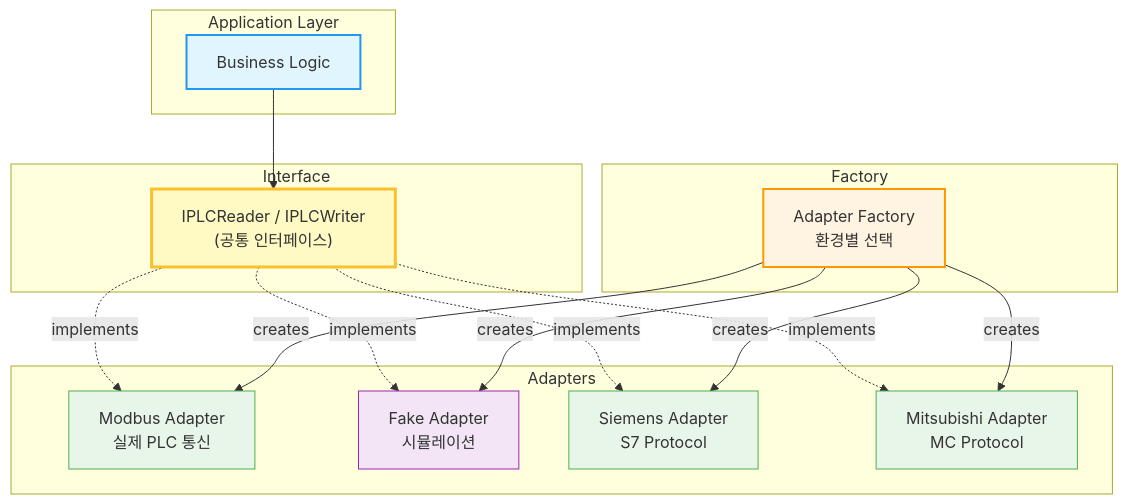
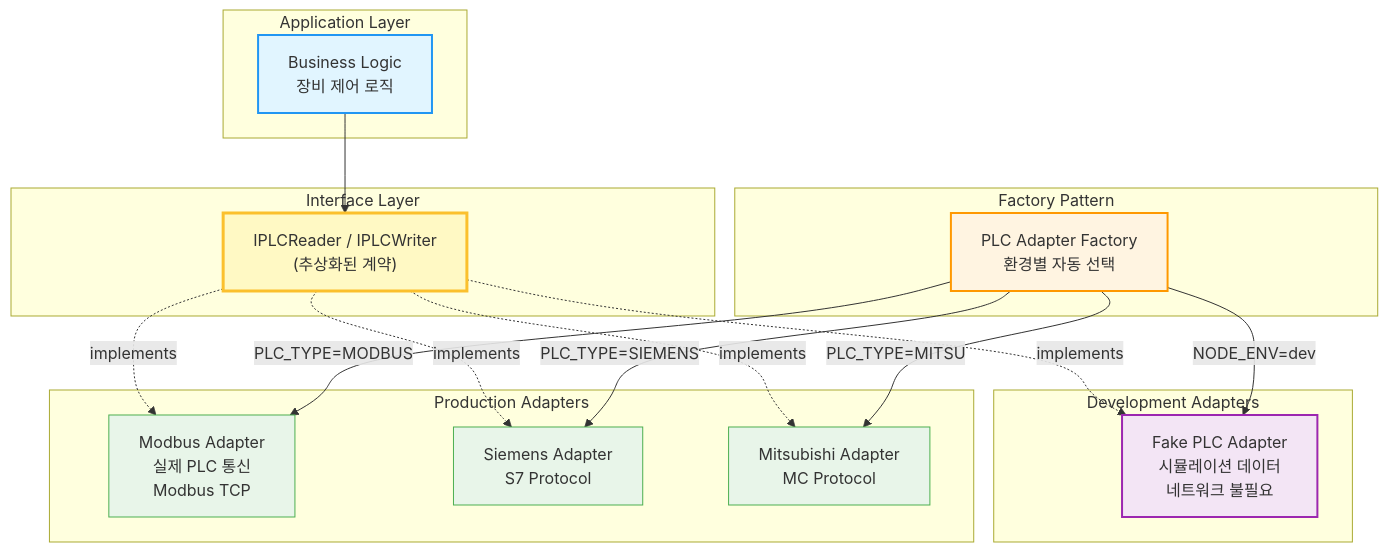
One commit to 1985jwlee/production-iot-backend changed the fifth of 13 diagrams in README.md. Above: the diagram before and after it, drawn with Mermaid. The commit also changed other lines of this file and 1 other file, not shown here.

````diff
--- a/README.md
+++ b/README.md
@@ -196,39 +243,43 @@
 ```mermaid
 graph TB
     subgraph "Application Layer"
-        APP[Business Logic]
+        BL[Business Logic<br/>장비 제어 로직]
     end
     
-    subgraph "Interface"
-        IFACE["IPLCReader / IPLCWriter<br/>(공통 인터페이스)"]
+    subgraph "Interface Layer"
+        IFACE["IPLCReader / IPLCWriter<br/>(추상화된 계약)"]
     end
     
-    subgraph "Adapters"
-        MODBUS[Modbus Adapter<br/>실제 PLC 통신]
-        FAKE[Fake Adapter<br/>시뮬레이션]
+    subgraph "Development Adapters"
+        FAKE[Fake PLC Adapter<br/>시뮬레이션 데이터<br/>네트워크 불필요]
+    end
+    
+    subgraph "Production Adapters"
+        MODBUS[Modbus Adapter<br/>실제 PLC 통신<br/>Modbus TCP]
         SIEMENS[Siemens Adapter<br/>S7 Protocol]
         MITSU[Mitsubishi Adapter<br/>MC Protocol]
     end
     
-    subgraph "Factory"
-        FACTORY[Adapter Factory<br/>환경별 선택]
+    subgraph "Factory Pattern"
+        FACTORY[PLC Adapter Factory<br/>환경별 자동 선택]
     end
     
-    APP --> IFACE
+    BL --> IFACE
+    IFACE -.->|implements| FAKE
     IFACE -.->|implements| MODBUS
-    IFACE -.->|implements| FAKE
     IFACE -.->|implements| SIEMENS
     IFACE -.->|implements| MITSU
-    FACTORY -->|creates| MODBUS
-    FACTORY -->|creates| FAKE
-    FACTORY -->|creates| SIEMENS
-    FACTORY -->|creates| MITSU
     
-    style APP fill:#e1f5ff,stroke:#2196f3,stroke-width:2px
+    FACTORY -->|NODE_ENV=dev| FAKE
+    FACTORY -->|PLC_TYPE=MODBUS| MODBUS
+    FACTORY -->|PLC_TYPE=SIEMENS| SIEMENS
+    FACTORY -->|PLC_TYPE=MITSU| MITSU
+    
+    style BL fill:#e1f5ff,stroke:#2196f3,stroke-width:2px
     style IFACE fill:#fff9c4,stroke:#fbc02d,stroke-width:3px
+    style FAKE fill:#f3e5f5,stroke:#9c27b0,stroke-width:2px
     style MODBUS fill:#e8f5e9,stroke:#4caf50
-    style FAKE fill:#f3e5f5,stroke:#9c27b0
     style SIEMENS fill:#e8f5e9,stroke:#4caf50
     style MITSU fill:#e8f5e9,stroke:#4caf50
     style FACTORY fill:#fff4e1,stroke:#ff9800,stroke-width:2px
 ```
````
